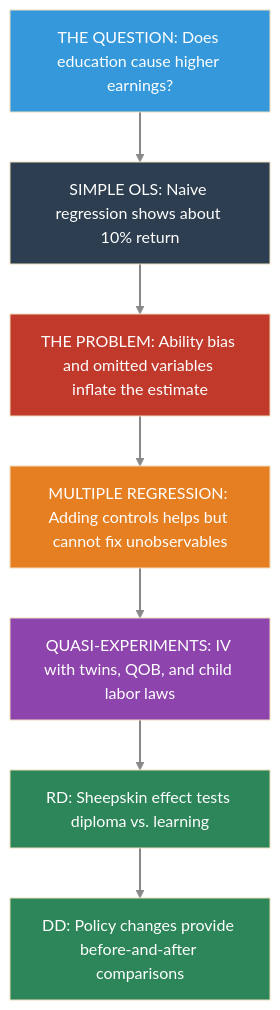
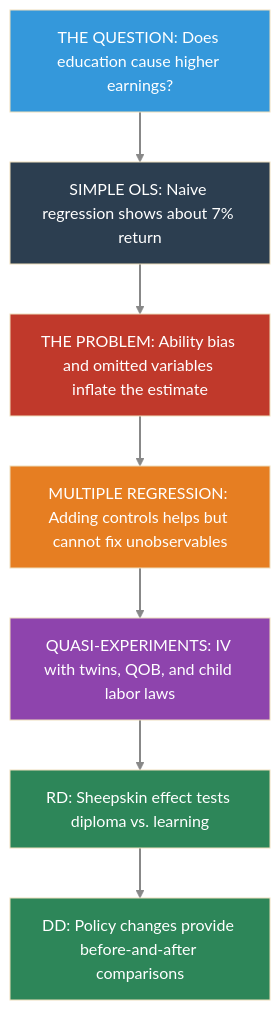
The first of 2 diagrams in book/notebooks_quarto/06-wages-of-schooling.qmd (cmg777/intro2causal), drawn with Mermaid (base theme) before and after one commit. The commit also changed other lines of this file and 14 other files, not shown here.

````diff
--- a/book/notebooks_quarto/06-wages-of-schooling.qmd
+++ b/book/notebooks_quarto/06-wages-of-schooling.qmd
@@ -31,25 +31,25 @@
 ```{mermaid}
 %%| label: fig-roadmap
 %%| fig-cap: "Roadmap: The Methods Ladder for Chapter 6"
 
 graph TD
     A["THE QUESTION: Does education cause higher earnings?"]
-    B["SIMPLE OLS: Naive regression shows about 10% return"]
+    B["SIMPLE OLS: Naive regression shows about 7% return"]
     C["THE PROBLEM: Ability bias and omitted variables inflate the estimate"]
     D["MULTIPLE REGRESSION: Adding controls helps but cannot fix unobservables"]
     E["QUASI-EXPERIMENTS: IV with twins, QOB, and child labor laws"]
     F["RD: Sheepskin effect tests diploma vs. learning"]
     G["DD: Policy changes provide before-and-after comparisons"]
 
     A --> B --> C --> D --> E --> F --> G
 
     style A fill:#3498db,color:#fff
     style B fill:#2c3e50,color:#fff
     style C fill:#c0392b,color:#fff
     style D fill:#e67e22,color:#fff
     style E fill:#8e44ad,color:#fff
     style F fill:#2d8659,color:#fff
     style G fill:#2d8659,color:#fff
 
     linkStyle 0,1,2,3,4,5 stroke:#888,stroke-width:2px
 ```
````
